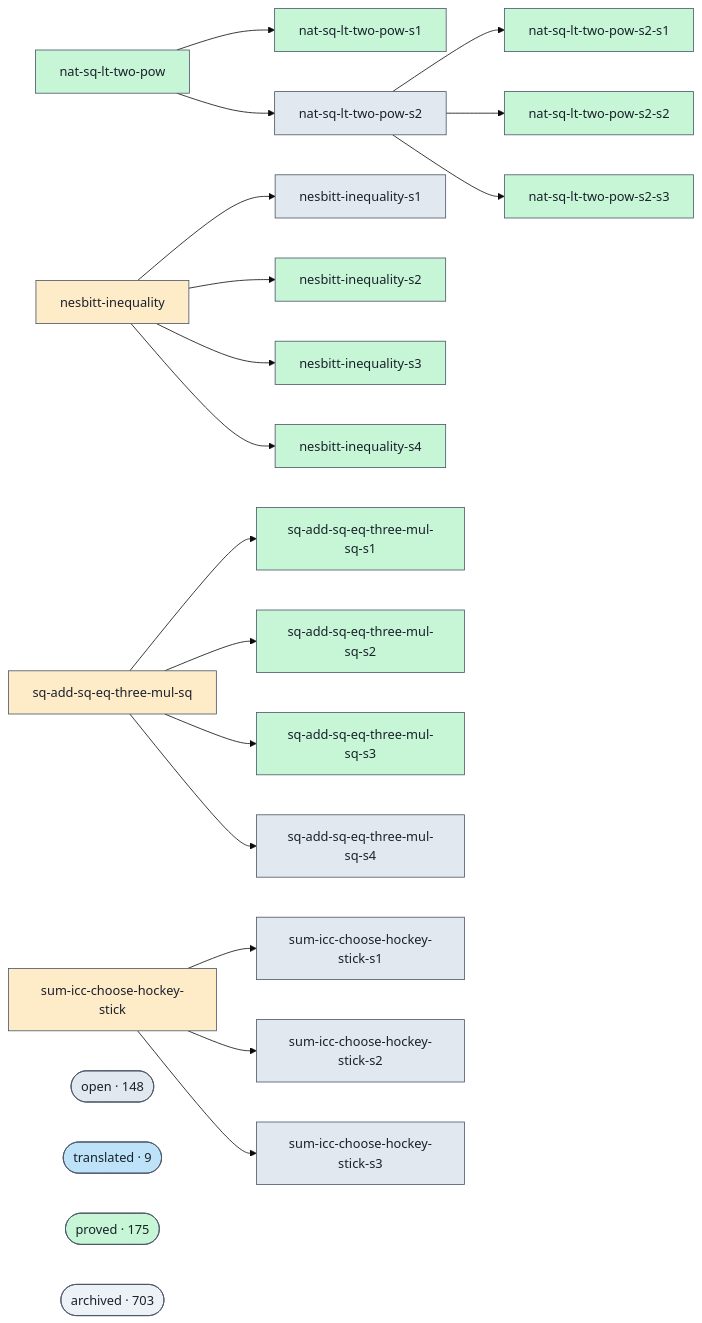
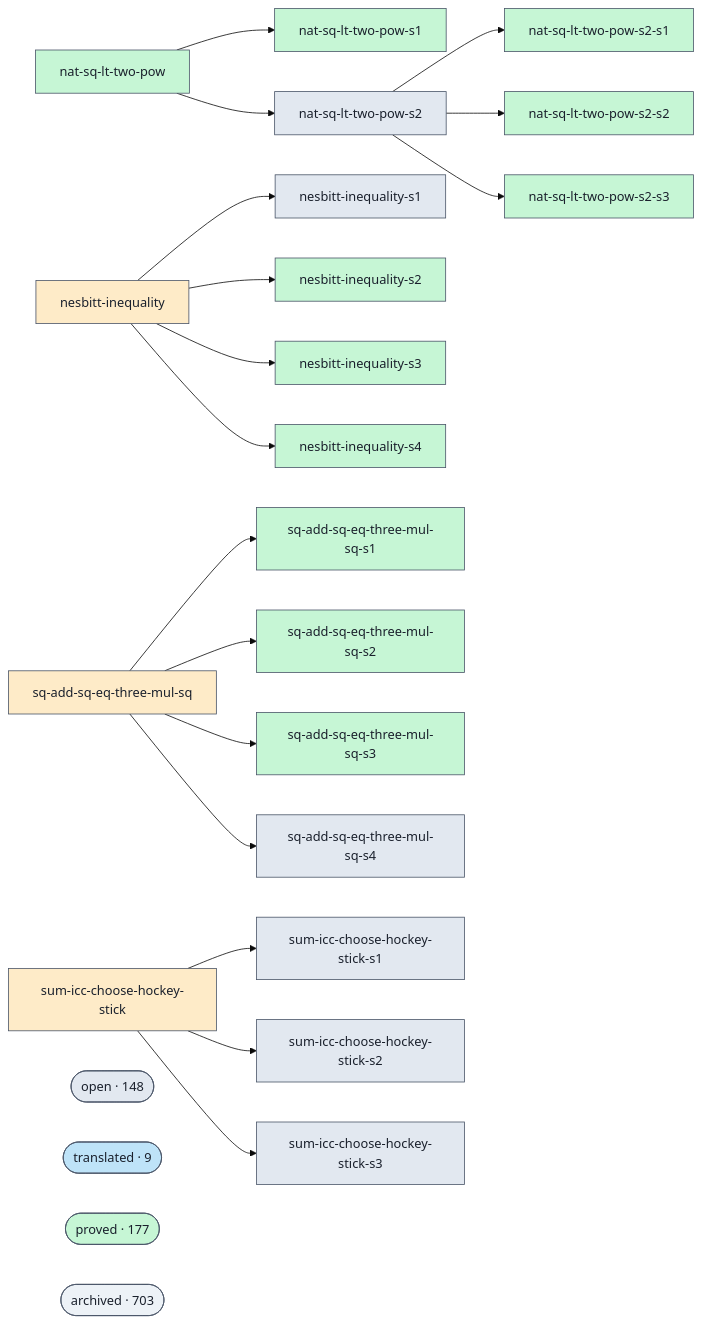
The diagram in docs/proofs-contributors-visualisation.md (ohdearquant/unsorry), drawn with Mermaid (base theme) before and after one commit. The commit also changed other lines of this file and 2 other files, not shown here.

```diff
--- a/docs/proofs-contributors-visualisation.md
+++ b/docs/proofs-contributors-visualisation.md
@@ -102,7 +102,7 @@
   class cluster_open open;
   cluster_translated(["translated · 9"])
   class cluster_translated translated;
-  cluster_proved(["proved · 175"])
+  cluster_proved(["proved · 177"])
   class cluster_proved proved;
   cluster_archived(["archived · 703"])
   class cluster_archived unknown;
```
